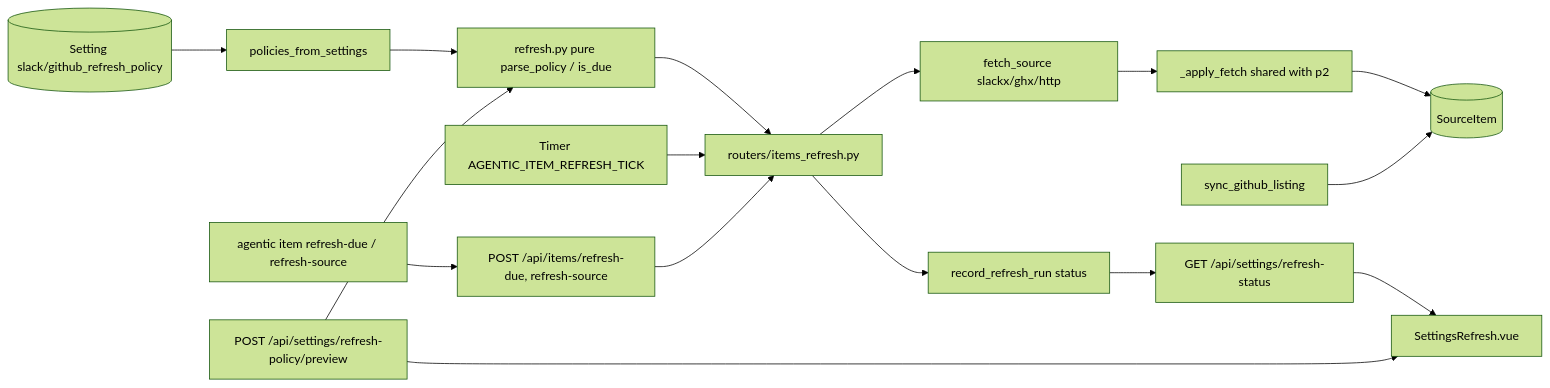
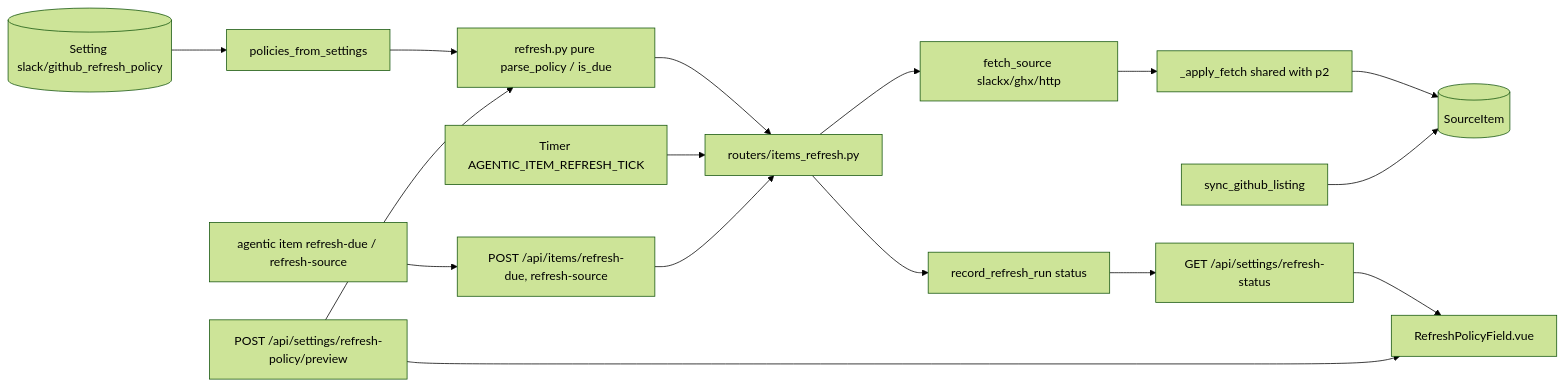
One commit to TomzxCode/agentic changed the diagram in .sdlc/features/p34-item-refresh/specification.md. Above: the diagram before and after it, drawn with Mermaid (forest theme). The commit also changed other lines of this file and 20 other files, not shown here.

First line of the commit message:
feat(settings): add a GitHub section and fold refresh into Slack and GitHub

````diff
--- a/.sdlc/features/p34-item-refresh/specification.md
+++ b/.sdlc/features/p34-item-refresh/specification.md
@@ -20,18 +20,18 @@
 ```mermaid
 flowchart LR
     SET[(Setting slack/github_refresh_policy)] --> PS[policies_from_settings]
     PS --> RP[refresh.py pure parse_policy / is_due]
     RP --> RUN[routers/items_refresh.py]
     TICK[Timer AGENTIC_ITEM_REFRESH_TICK] --> RUN
     API[POST /api/items/refresh-due, refresh-source] --> RUN
     CLI[agentic item refresh-due / refresh-source] --> API
     RUN --> FX[fetch_source slackx/ghx/http]
     FX --> AF[_apply_fetch shared with p2]
     AF --> SI[(SourceItem)]
     RUN --> ST[record_refresh_run status]
     ST --> RSS[GET /api/settings/refresh-status]
     PREV[POST /api/settings/refresh-policy/preview] --> RP
-    RSS --> SR[SettingsRefresh.vue]
+    RSS --> SR[RefreshPolicyField.vue]
     PREV --> SR
     LS[sync_github_listing] --> SI
 ```
````
